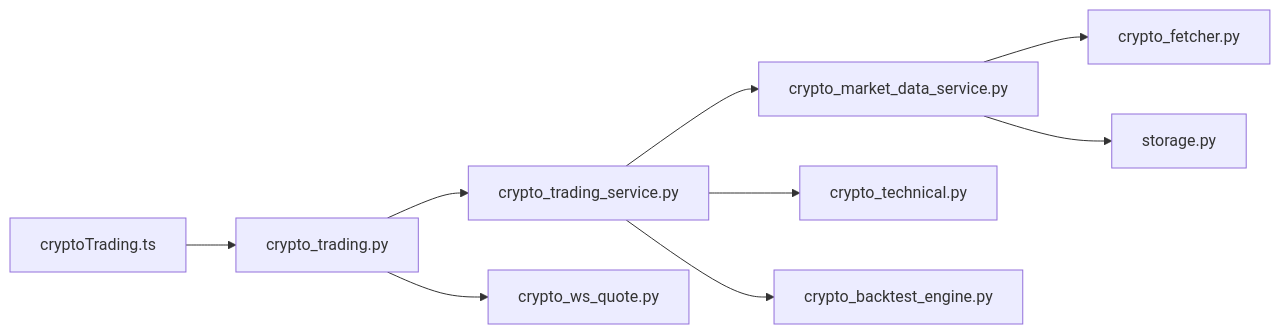
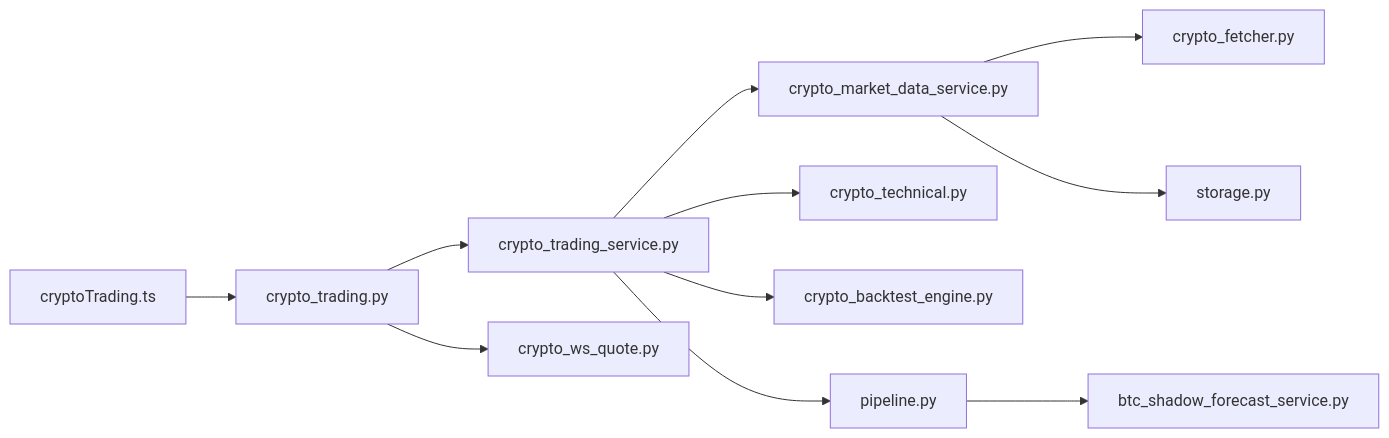
Diagram 14 of 14 in .qoder/repowiki/zh/content/API参考文档/加密货币交易API.md (anYaoooo/daily_stock_analysis), drawn with Mermaid before and after one commit. The commit also changed other lines of this file and 16 other files, not shown here.

````diff
--- a/.qoder/repowiki/zh/content/API参考文档/加密货币交易API.md
+++ b/.qoder/repowiki/zh/content/API参考文档/加密货币交易API.md
@@ -452,11 +554,13 @@
 ```mermaid
 graph LR
 FE_API["cryptoTrading.ts"] --> API["crypto_trading.py"]
 API --> SVC["crypto_trading_service.py"]
 SVC --> CMD["crypto_market_data_service.py"]
 CMD --> DF["crypto_fetcher.py"]
 CMD --> DB["storage.py"]
 SVC --> TECH["crypto_technical.py"]
 SVC --> BT["crypto_backtest_engine.py"]
 API --> WS["crypto_ws_quote.py"]
+SVC --> PIPELINE["pipeline.py"]
+PIPELINE --> SHADOW["btc_shadow_forecast_service.py"]
 ```
````
